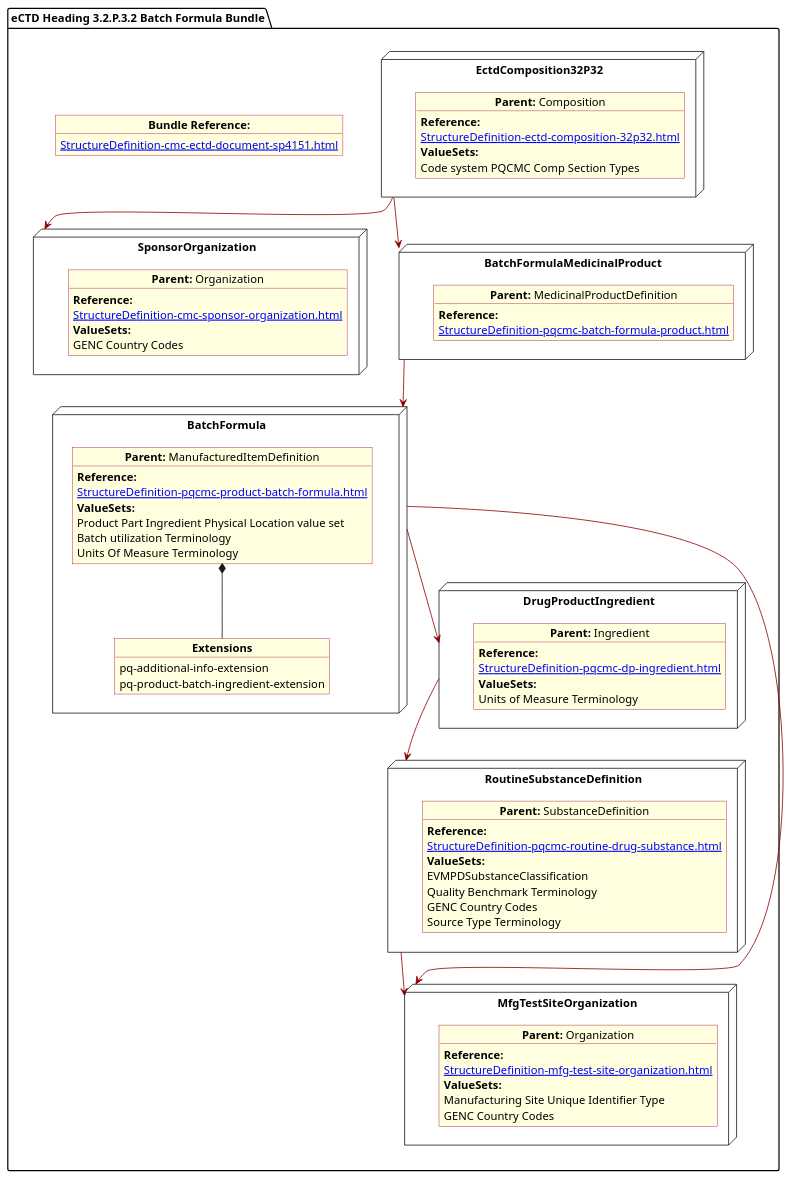
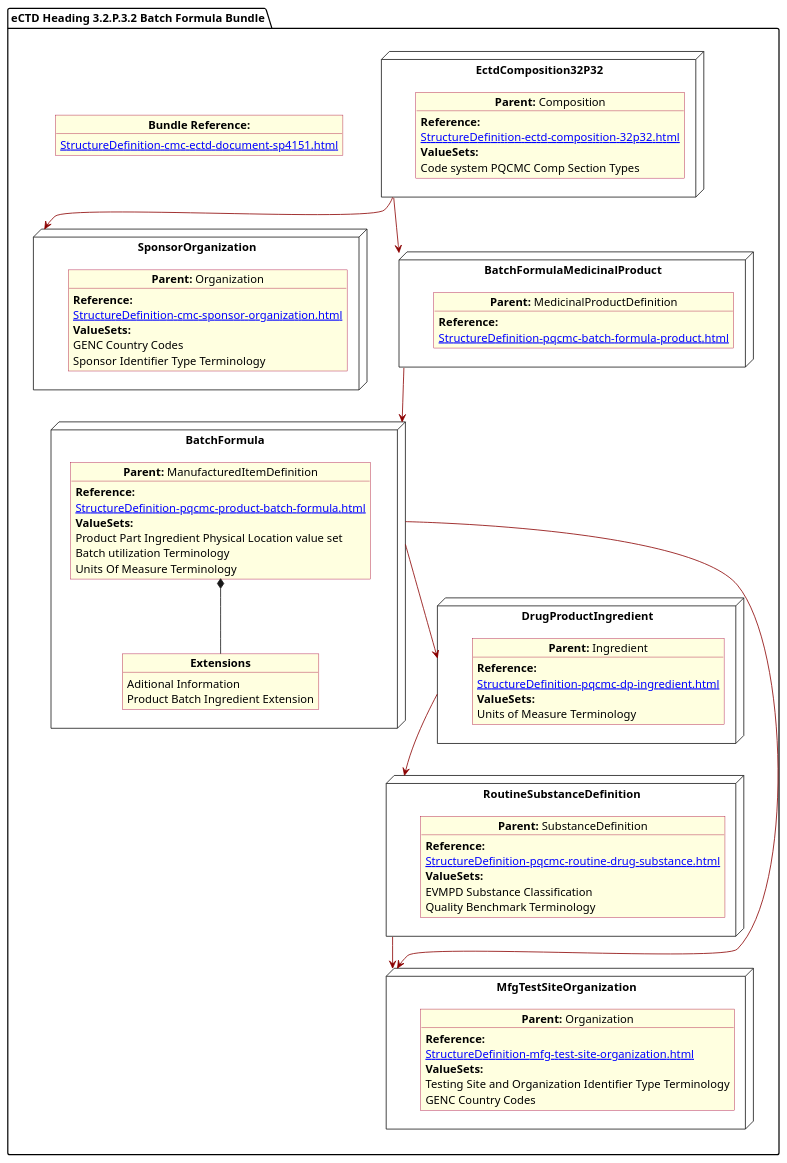
The diagram in input/images-source/BatchForm.plantuml (HL7/FHIR-us-pq-cmc-fda), drawn with PlantUML before and after one commit. The commit also changed 24 other files, not shown here.

```diff
--- a/input/images-source/BatchForm.plantuml
+++ b/input/images-source/BatchForm.plantuml
@@ -1,100 +1,99 @@
 @startuml BatchForm
 allowmixing
 'Mixed model of use case and object
 skinparam svgDimensionStyle false
 skinparam ObjectBackgroundColor LightYellow
 skinparam ObjectBorderColor #A80036
 skinparam activityDiamondBorderColor #A80036
 skinparam activityDiamondBackgroundColor lawnGreen
 skinparam ClassBorderThickness 4
 
 package "eCTD Heading 3.2.P.3.2 Batch Formula Bundle" as NODES {
 
    object "**Bundle Reference:**" as objbun {
               [[StructureDefinition-cmc-ectd-document-sp4151.html]]
     }  
 
  
 node "SponsorOrganization" as NSO { 
       object "**Parent:** Organization" as objAu {
         **Reference:**
       [[StructureDefinition-cmc-sponsor-organization.html]]
         **ValueSets:**
         GENC Country Codes
+        Sponsor Identifier Type Terminology 
     }
 }
 
 node "DrugProductIngredient" as NNgred { 
       object "**Parent:** Ingredient" as obj10 {
              **Reference:**
       [[StructureDefinition-pqcmc-dp-ingredient.html]]
         **ValueSets:**
         Units of Measure Terminology    
       }      
 
 }
  node "EctdComposition32P32" as N1 { 
       object "**Parent:** Composition" as obj1 {
                    **Reference:**
       [[StructureDefinition-ectd-composition-32p32.html]]
       **ValueSets:**
   Code system PQCMC Comp Section Types
     }
      
 }
 node "MfgTestSiteOrganization" as NMFG { 
       object "**Parent:** Organization" as objDP {
                    **Reference:**
       [[StructureDefinition-mfg-test-site-organization.html]]
          **ValueSets:**
-        Manufacturing Site Unique Identifier Type
+        Testing Site and Organization Identifier Type Terminology
 	    GENC Country Codes
     }
 }
 
 node "RoutineSubstanceDefinition" as NNS { 
       object "**Parent:** SubstanceDefinition" as obj4 {
                    **Reference:**
       [[StructureDefinition-pqcmc-routine-drug-substance.html]]
                 **ValueSets:**
-                EVMPDSubstanceClassification
+                EVMPD Substance Classification
                 Quality Benchmark Terminology
-                GENC Country Codes
-                Source Type Terminology
       }  
 }
 node "BatchFormulaMedicinalProduct" as NN2 { 
       object "**Parent:** MedicinalProductDefinition" as obj32 {
                    **Reference:**
       [[StructureDefinition-pqcmc-batch-formula-product.html]]
           
       }
 }
 
 node "BatchFormula" as NN { 
       object "**Parent:** ManufacturedItemDefinition" as obj3 {
          **Reference:**
       [[StructureDefinition-pqcmc-product-batch-formula.html]]
         **ValueSets:**
         Product Part Ingredient Physical Location value set        
         Batch utilization Terminology
         Units Of Measure Terminology
       } 
       object "**Extensions**" as objExs2 {
-        pq-additional-info-extension
-        pq-product-batch-ingredient-extension
+        Aditional Information
+        Product Batch Ingredient Extension
 }
 
  obj3 *-- objExs2     
 }
 
 NN -[#darkred]-> NMFG
 NN -[#darkred]-> NNgred
 NN2 -[#darkred]-> NN
 N1 -[#darkred]-> NN2
 N1 -[#darkred]-> NSO        
 NNS -[#darkred]-> NMFG
 NNgred -[#darkred]-> NNS
 
 }
 @enduml
```
